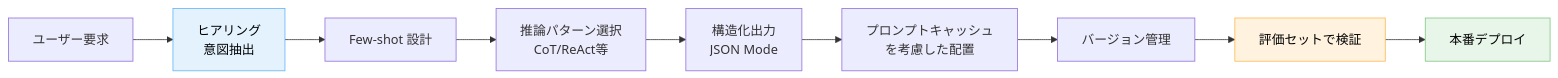
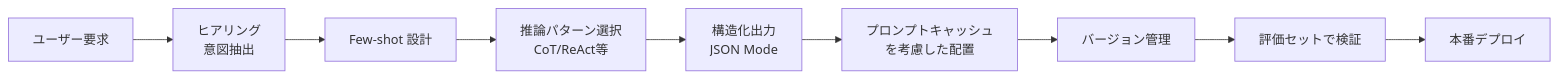
Before and after one commit to dinekt/dinekt-wiki: the second of 3 diagrams in docs/map.md, drawn with Mermaid. The commit also changed other lines of this file and 70 other files, not shown here.

First line of the commit message:
fix(mermaid): strip all inline styling, rely on theme

````diff
--- a/docs/map.md
+++ b/docs/map.md
@@ -72,15 +70,12 @@
 ```mermaid
 flowchart LR
     I[ユーザー要求] --> H[ヒアリング<br/>意図抽出]
     H --> F[Few-shot 設計]
     F --> R[推論パターン選択<br/>CoT/ReAct等]
     R --> S[構造化出力<br/>JSON Mode]
     S --> C[プロンプトキャッシュ<br/>を考慮した配置]
     C --> V[バージョン管理]
     V --> E[評価セットで検証]
     E --> D[本番デプロイ]
 
-    style H fill:#e3f2fd,stroke:#64b5f6,color:#000
-    style E fill:#fff3e0,stroke:#ffb74d,color:#000
-    style D fill:#e8f5e9,stroke:#81c784,color:#000
 ```
````
